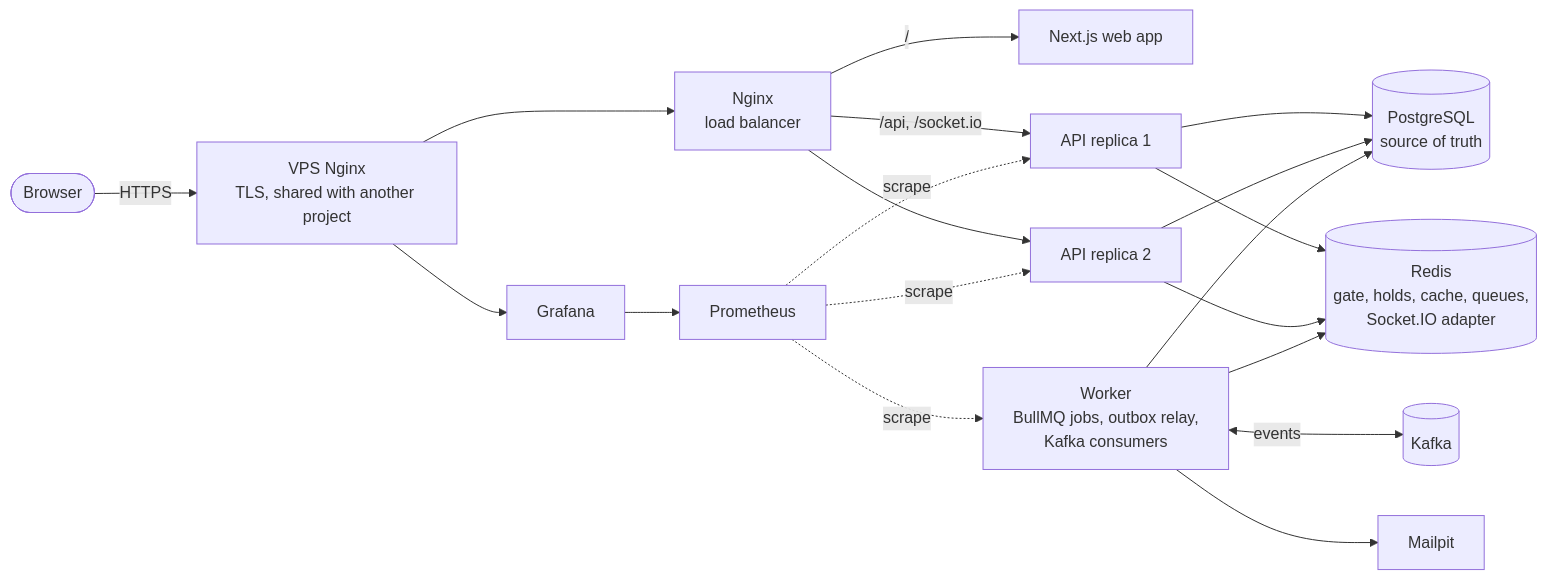
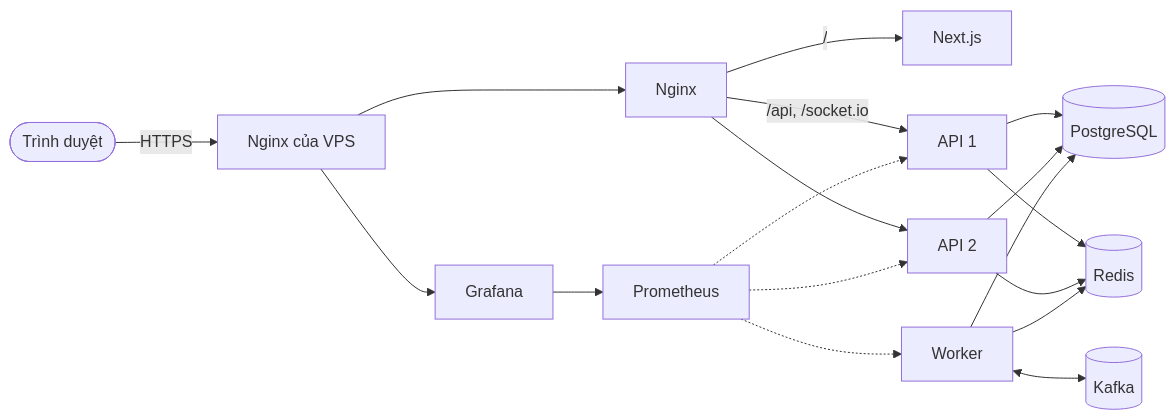
Before and after one commit to mquanggdev/questa-booking: the diagram in README.vi.md, drawn with Mermaid. The commit also changed other lines of this file and 1 other file, not shown here.

````diff
--- a/README.vi.md
+++ b/README.vi.md
@@ -27,17 +20,16 @@
 ```mermaid
 flowchart LR
-  user([Browser]) -->|HTTPS| edge["VPS Nginx<br/>TLS, shared with another project"]
-  edge --> lb["Nginx<br/>load balancer"]
+  user([Trình duyệt]) -->|HTTPS| edge[Nginx của VPS]
+  edge --> lb[Nginx]
   edge --> grafana[Grafana]
-  lb -->|"/"| web[Next.js web app]
-  lb -->|"/api, /socket.io"| api1[API replica 1]
-  lb --> api2[API replica 2]
-  api1 & api2 --> pg[("PostgreSQL<br/>source of truth")]
-  api1 & api2 --> redis[("Redis<br/>gate, holds, cache, queues,<br/>Socket.IO adapter")]
-  worker["Worker<br/>BullMQ jobs, outbox relay,<br/>Kafka consumers"] --> pg
+  lb -->|"/"| web[Next.js]
+  lb -->|"/api, /socket.io"| api1[API 1]
+  lb --> api2[API 2]
+  api1 & api2 --> pg[(PostgreSQL)]
+  api1 & api2 --> redis[(Redis)]
+  worker[Worker] --> pg
   worker --> redis
-  worker <-->|events| kafka[("Kafka")]
-  worker --> mail[Mailpit]
-  prom[Prometheus] -.->|scrape| api1 & api2 & worker
+  worker <--> kafka[(Kafka)]
+  prom[Prometheus] -.-> api1 & api2 & worker
   grafana --> prom
 ```
````
